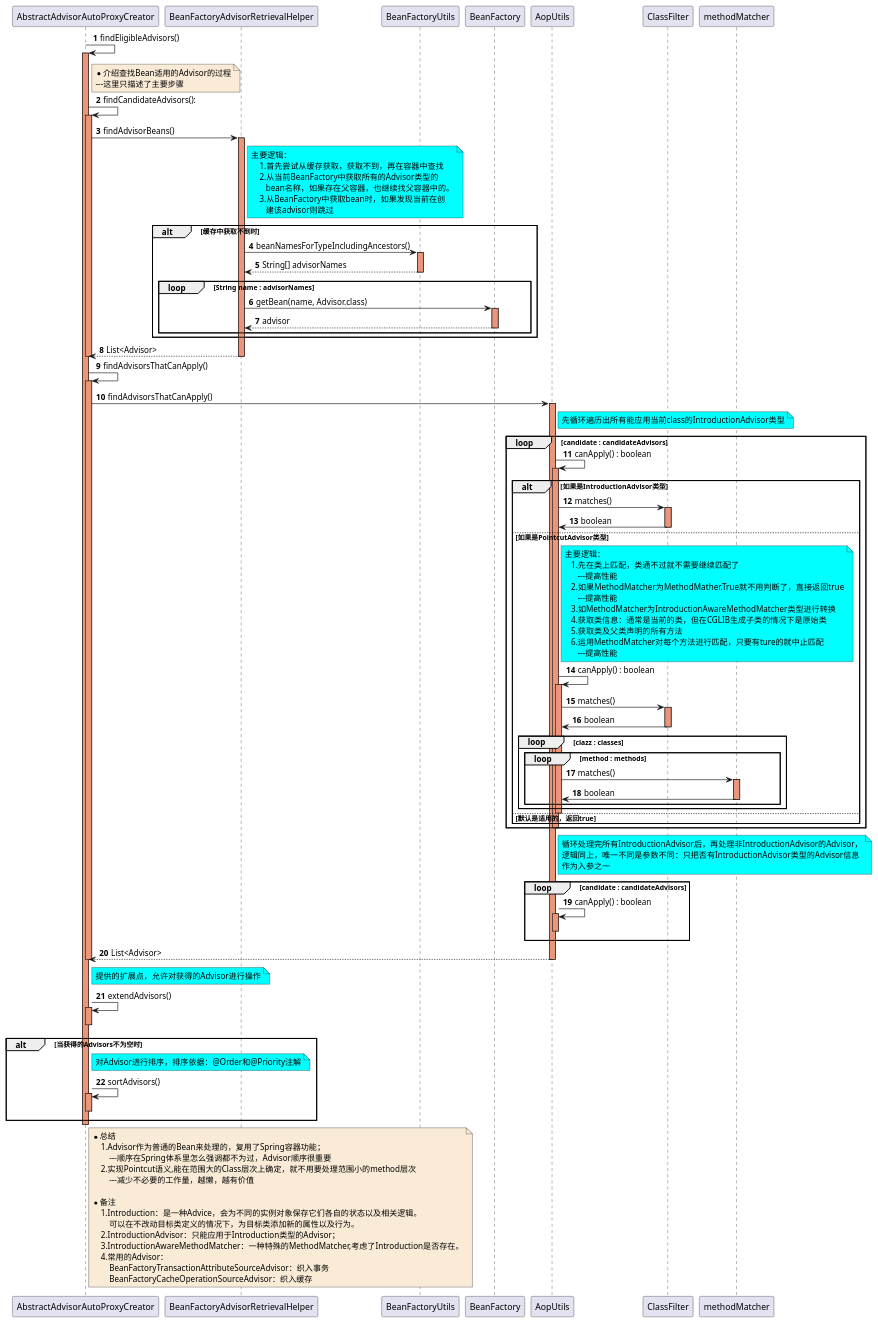
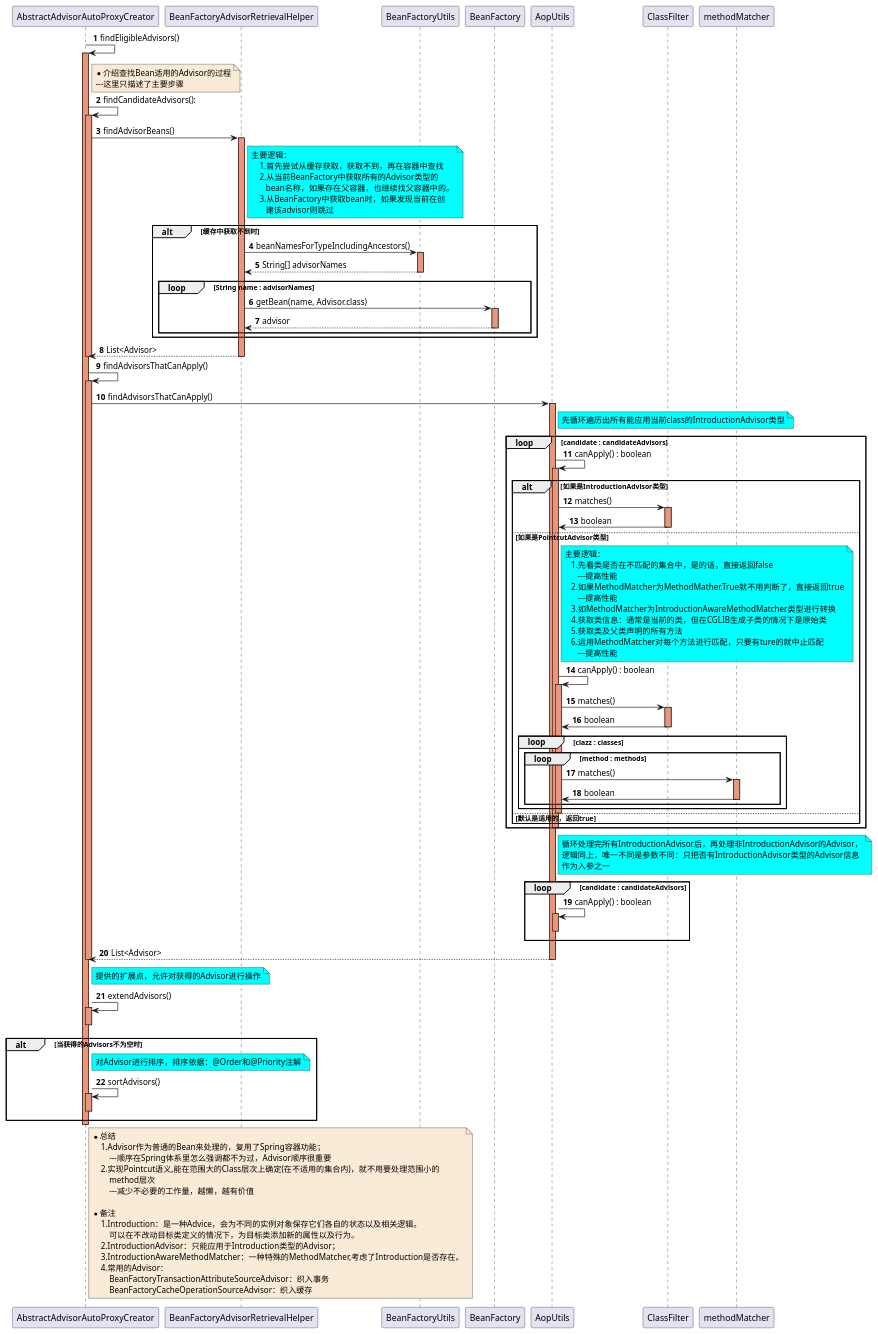
Before and after one commit to czwer/learn-spring-code: the diagram in document/spring/base/sequence/Aop-GenerateProxyObject-1-AbstractAdvisorAutoProxyCreator_findEligibleAdvisors-sequence.puml, drawn with PlantUML. The commit also changed 23 other files, not shown here.

```diff
--- a/document/spring/base/sequence/Aop-GenerateProxyObject-1-AbstractAdvisorAutoProxyCreator_findEligibleAdvisors-sequence.puml
+++ b/document/spring/base/sequence/Aop-GenerateProxyObject-1-AbstractAdvisorAutoProxyCreator_findEligibleAdvisors-sequence.puml
@@ -1,162 +1,163 @@
 @startuml
 
 autonumber
 
 AbstractAdvisorAutoProxyCreator->AbstractAdvisorAutoProxyCreator : findEligibleAdvisors()
 activate AbstractAdvisorAutoProxyCreator #DarkSalmon
 
     note right of AbstractAdvisorAutoProxyCreator #FAEBD7
         *介绍查找Bean适用的Advisor的过程
         ---这里只描述了主要步骤
     end note
 
     AbstractAdvisorAutoProxyCreator->AbstractAdvisorAutoProxyCreator : findCandidateAdvisors():
     activate AbstractAdvisorAutoProxyCreator #DarkSalmon
 
         AbstractAdvisorAutoProxyCreator->BeanFactoryAdvisorRetrievalHelper : findAdvisorBeans()
         activate BeanFactoryAdvisorRetrievalHelper #DarkSalmon
              note right of BeanFactoryAdvisorRetrievalHelper #aqua
                  主要逻辑：
                      1.首先尝试从缓存获取，获取不到，再在容器中查找
                      2.从当前BeanFactory中获取所有的Advisor类型的
                         bean名称，如果存在父容器，也继续找父容器中的。
                      3.从BeanFactory中获取bean时，如果发现当前在创
                         建该advisor则跳过
              end note
              alt 缓存中获取不到时
                  BeanFactoryAdvisorRetrievalHelper -> BeanFactoryUtils : beanNamesForTypeIncludingAncestors()
                  activate BeanFactoryUtils #DarkSalmon
                  BeanFactoryUtils-->BeanFactoryAdvisorRetrievalHelper : String[] advisorNames
                  deactivate BeanFactoryUtils
 
                  loop String name : advisorNames
                      BeanFactoryAdvisorRetrievalHelper ->BeanFactory : getBean(name, Advisor.class)
                      activate BeanFactory #DarkSalmon
                      BeanFactory-->BeanFactoryAdvisorRetrievalHelper : advisor
                      deactivate BeanFactory
                  end
              end
         BeanFactoryAdvisorRetrievalHelper -->AbstractAdvisorAutoProxyCreator : List<Advisor>
         deactivate BeanFactoryAdvisorRetrievalHelper
 
     deactivate AbstractAdvisorAutoProxyCreator
 
     AbstractAdvisorAutoProxyCreator->AbstractAdvisorAutoProxyCreator : findAdvisorsThatCanApply()
     activate AbstractAdvisorAutoProxyCreator #DarkSalmon
         AbstractAdvisorAutoProxyCreator-> AopUtils : findAdvisorsThatCanApply()
         activate AopUtils #DarkSalmon
 
 
             note right of AopUtils #aqua
                  先循环遍历出所有能应用当前class的IntroductionAdvisor类型
             end note
             loop candidate : candidateAdvisors
 
                 AopUtils -> AopUtils : canApply() : boolean
                 activate AopUtils #DarkSalmon
 
                     alt 如果是IntroductionAdvisor类型
 
                         AopUtils -> ClassFilter :  matches()
                         activate ClassFilter #DarkSalmon
                         ClassFilter -> AopUtils : boolean
                         deactivate ClassFilter
 
                     else 如果是PointcutAdvisor类型
 
                         note right of AopUtils #aqua
                             主要逻辑：
-                               1.先在类上匹配，类通不过就不需要继续匹配了
+                               1.先看类是否在不匹配的集合中，是的话，直接返回false
                                   ---提高性能
                                2.如果MethodMatcher为MethodMather.True就不用判断了，直接返回true
                                   ---提高性能
                                3.如MethodMatcher为IntroductionAwareMethodMatcher类型进行转换
                                4.获取类信息：通常是当前的类，但在CGLIB生成子类的情况下是原始类
                                5.获取类及父类声明的所有方法
                                6.运用MethodMatcher对每个方法进行匹配，只要有ture的就中止匹配
                                   ---提高性能
                         end note
                         AopUtils -> AopUtils : canApply() : boolean
                         activate AopUtils #DarkSalmon
 
                             AopUtils -> ClassFilter :  matches()
                             activate ClassFilter #DarkSalmon
                             ClassFilter -> AopUtils : boolean
                             deactivate ClassFilter
 
                             loop clazz : classes
 
                                 loop method : methods
                                     AopUtils -> methodMatcher:matches()
                                     activate methodMatcher #DarkSalmon
                                     methodMatcher -> AopUtils : boolean
                                     deactivate methodMatcher
                                 end
 
                             end
 
                         deactivate AopUtils
 
                     else 默认是适用的，返回true
 
                     end
 
                 deactivate AopUtils
 
             end
 
             note right of AopUtils #aqua
                 循环处理完所有IntroductionAdvisor后，再处理非IntroductionAdvisor的Advisor，
                 逻辑同上，唯一不同是参数不同：只把否有IntroductionAdvisor类型的Advisor信息
                 作为入参之一
             end note
             loop candidate : candidateAdvisors
 
                 AopUtils -> AopUtils : canApply() : boolean
                 activate AopUtils #DarkSalmon
                 deactivate AopUtils
 
             end
 
         AbstractAdvisorAutoProxyCreator<--AopUtils: List<Advisor>
         deactivate AopUtils
 
     deactivate AbstractAdvisorAutoProxyCreator
 
     note right of AbstractAdvisorAutoProxyCreator #aqua
         提供的扩展点，允许对获得的Advisor进行操作
     end note
     AbstractAdvisorAutoProxyCreator->AbstractAdvisorAutoProxyCreator : extendAdvisors()
     activate AbstractAdvisorAutoProxyCreator #DarkSalmon
     deactivate AbstractAdvisorAutoProxyCreator
 
     alt 当获得的Advisors不为空时
         note right of AbstractAdvisorAutoProxyCreator #aqua
             对Advisor进行排序，排序依据：@Order和@Priority注解
         end note
         AbstractAdvisorAutoProxyCreator -> AbstractAdvisorAutoProxyCreator : sortAdvisors()
         activate AbstractAdvisorAutoProxyCreator #DarkSalmon
         deactivate AbstractAdvisorAutoProxyCreator
     end
 
 deactivate AbstractAdvisorAutoProxyCreator
 
 
 note right of AbstractAdvisorAutoProxyCreator #FAEBD7
     *总结
         1.Advisor作为普通的Bean来处理的，复用了Spring容器功能；
             ---顺序在Spring体系里怎么强调都不为过，Advisor顺序很重要
-        2.实现Pointcut语义,能在范围大的Class层次上确定，就不用要处理范围小的method层次
+        2.实现Pointcut语义,能在范围大的Class层次上确定(在不适用的集合内)，就不用要处理范围小的
+            method层次
             ---减少不必要的工作量，越懒，越有价值
 
     *备注
         1.Introduction：是一种Advice，会为不同的实例对象保存它们各自的状态以及相关逻辑。
             可以在不改动目标类定义的情况下，为目标类添加新的属性以及行为。
         2.IntroductionAdvisor：只能应用于Introduction类型的Advisor；
         3.IntroductionAwareMethodMatcher：一种特殊的MethodMatcher,考虑了Introduction是否存在。
         4.常用的Advisor：
             BeanFactoryTransactionAttributeSourceAdvisor：织入事务
             BeanFactoryCacheOperationSourceAdvisor：织入缓存
 end note
 
 @enduml
```
